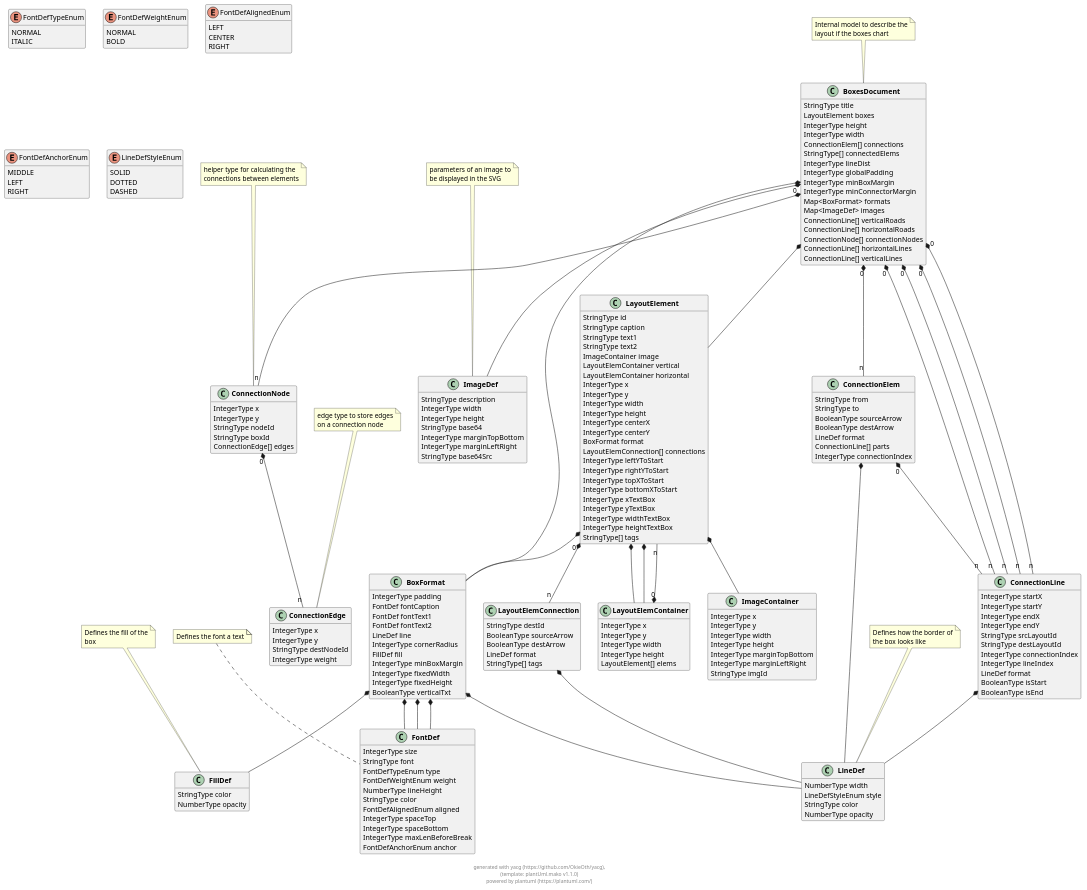
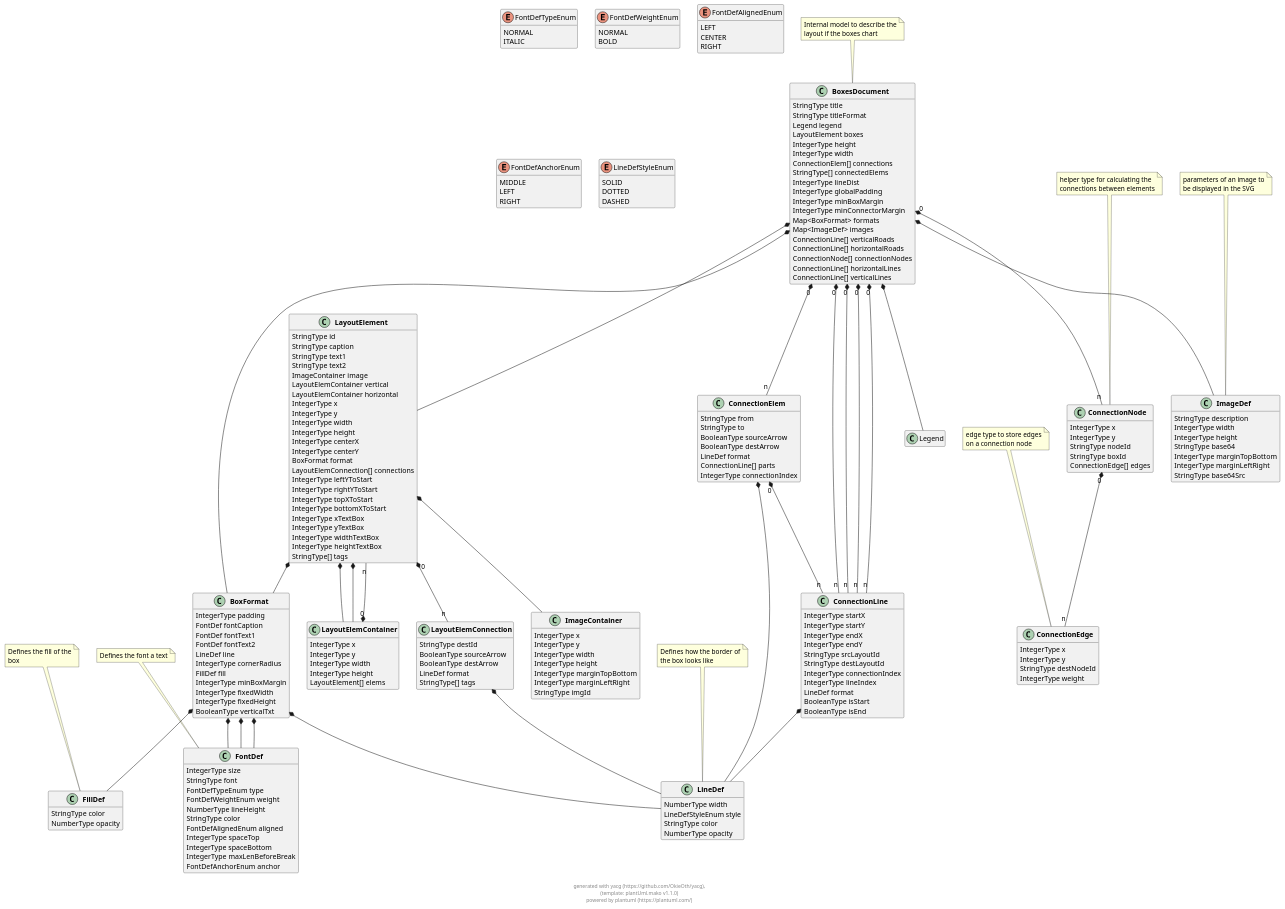
The diagram in docs/models/puml/boxes_document.puml (OkieOth/draw.chart.things), drawn with PlantUML before and after one commit. The commit also changed 19 other files, not shown here.

```diff
--- a/docs/models/puml/boxes_document.puml
+++ b/docs/models/puml/boxes_document.puml
@@ -6,6 +6,8 @@
 
 class "**BoxesDocument**" as BoxesDocument {
         StringType title
+        StringType titleFormat
+        Legend legend
         LayoutElement boxes
         IntegerType height
         IntegerType width
@@ -234,6 +236,9 @@
 
     
 
+
+BoxesDocument  *--  Legend
+
 BoxesDocument  *--  LayoutElement
 
 
```
